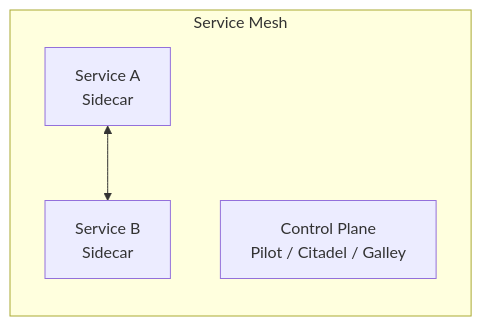
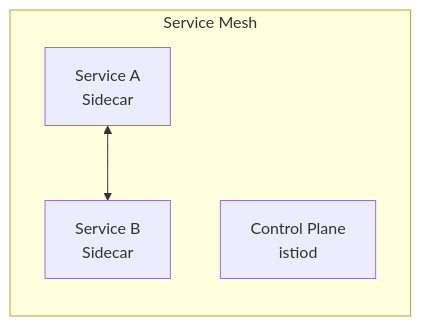
The second of 6 diagrams in cnt-content/full/027-cloud-computing/190-CloudArchitectureDesign.md (fanquanpp/FANDEX), drawn with Mermaid before and after one commit. The commit also changed other lines of this file and 1501 other files, not shown here.

````diff
--- a/cnt-content/full/027-cloud-computing/190-CloudArchitectureDesign.md
+++ b/cnt-content/full/027-cloud-computing/190-CloudArchitectureDesign.md
@@ -103,7 +103,7 @@
 ```mermaid
 flowchart LR
     subgraph Mesh[Service Mesh]
         A[Service A<br/>Sidecar] <--> B[Service B<br/>Sidecar]
-        CP[Control Plane<br/>Pilot / Citadel / Galley]
+        CP[Control Plane<br/>istiod]
     end
 ```
````
